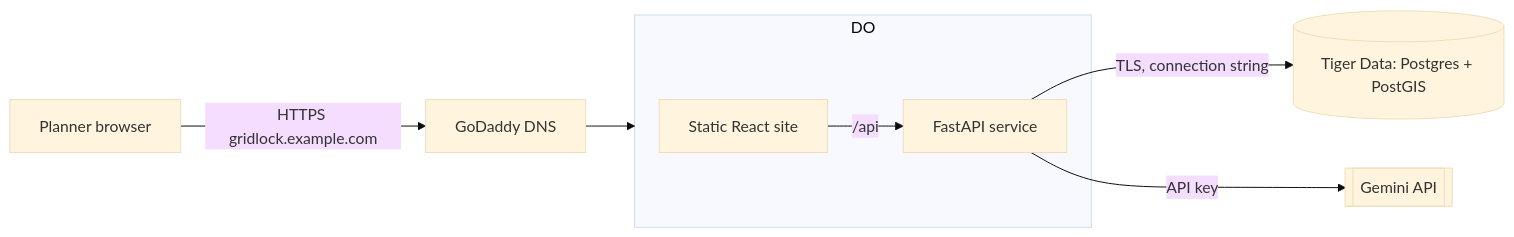
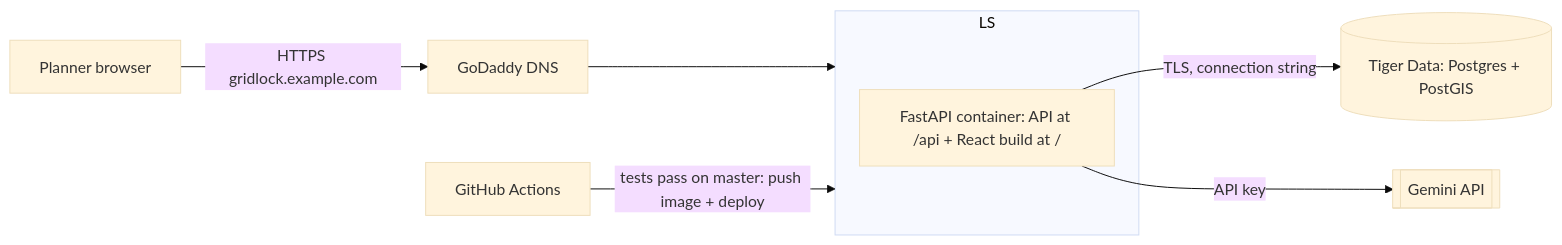
Before and after one commit to noddle-Cake/gridlock: the third of 3 diagrams in .kiro/specs/gridlock/design.md, drawn with Mermaid (base theme). The commit also changed other lines of this file and 1 other file, not shown here.

Commit message:
Update spec deployment topology to AWS Lightsail

````diff
--- a/.kiro/specs/gridlock/design.md
+++ b/.kiro/specs/gridlock/design.md
@@ -601,12 +601,11 @@
 ```mermaid
 flowchart LR
     U[Planner browser] -->|HTTPS gridlock.example.com| GD[GoDaddy DNS]
-    GD --> DO[DigitalOcean App Platform]
-    subgraph DO
-        FE[Static React site]
-        BE[FastAPI service]
+    GD --> LS[AWS Lightsail container service]
+    subgraph LS
+        BE["FastAPI container: API at /api + React build at /"]
     end
-    FE -->|/api| BE
+    GH[GitHub Actions] -->|tests pass on master: push image + deploy| LS
     BE -->|TLS, connection string| TD[(Tiger Data: Postgres + PostGIS)]
     BE -->|API key| GEM[[Gemini API]]
 ```
````
